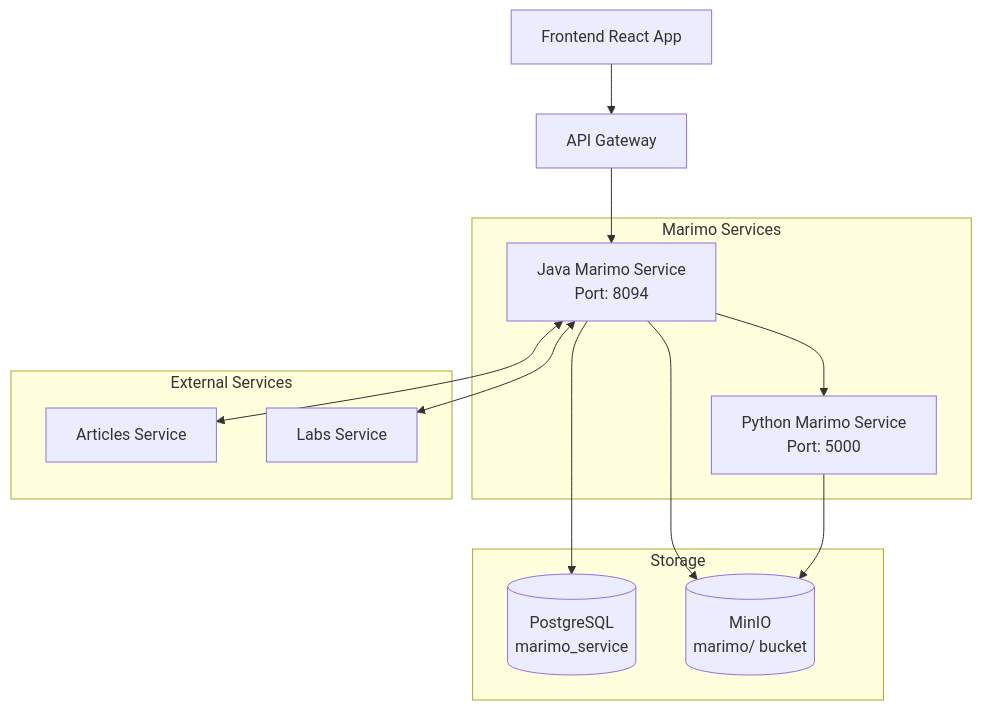
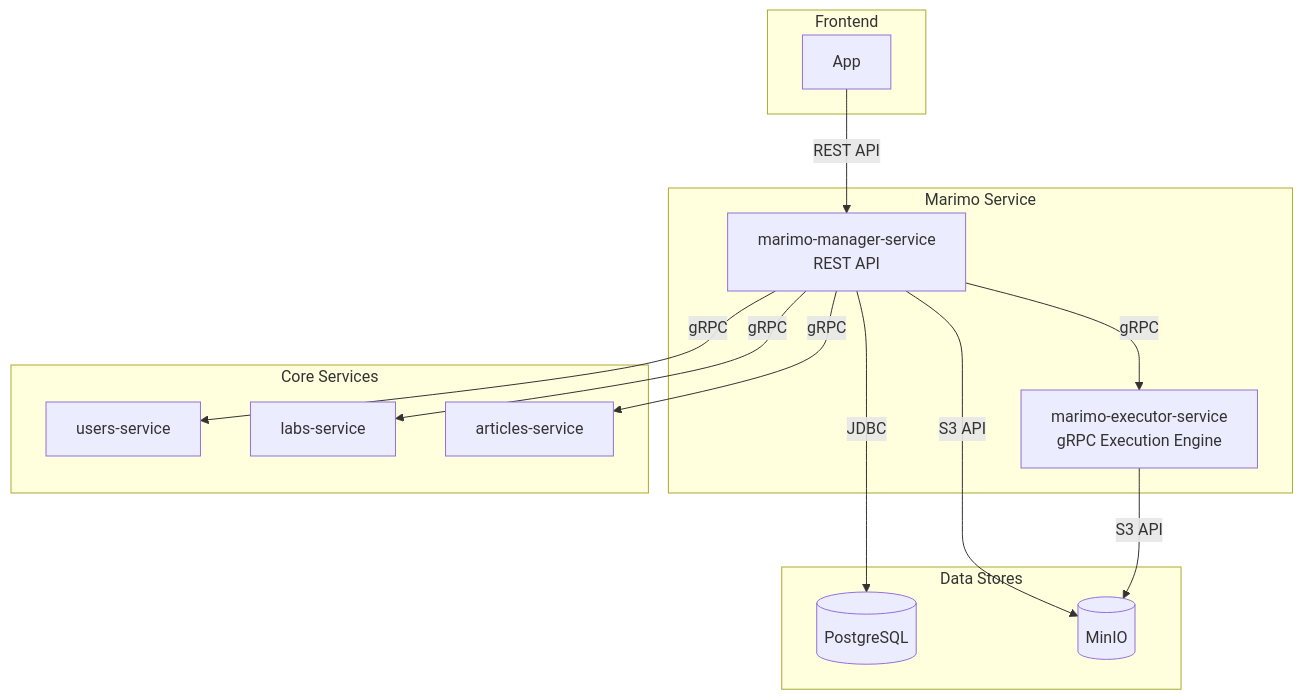
Before and after one commit to IU-Capstone-Project-2025/open-labs-share: the diagram in services/marimo-service/MARIMO_README.md, drawn with Mermaid. The commit also changed other lines of this file and 83 other files, not shown here.

````diff
--- a/services/marimo-service/MARIMO_README.md
+++ b/services/marimo-service/MARIMO_README.md
@@ -15,29 +17,31 @@
 ```mermaid
-graph TB
-    FE[Frontend React App]
-    AG[API Gateway]
-    
-    subgraph "Marimo Services"
-        JS[Java Marimo Service<br/>Port: 8094]
-        PS[Python Marimo Service<br/>Port: 5000]
+graph TD
+    subgraph "Frontend "
+        Frontend[App]
+    end
+
+    subgraph "Marimo Service"
+        A[marimo-manager-service<br/>REST API]
+        B[marimo-executor-service<br/>gRPC Execution Engine]
     end
     
-    subgraph "Storage"
-        PG[(PostgreSQL<br/>marimo_service)]
-        MINIO[(MinIO<br/>marimo/ bucket)]
+    subgraph "Core Services"
+        Users[users-service]
+        Labs[labs-service]
+        Articles[articles-service]
     end
-    
-    subgraph "External Services"
-        AS[Articles Service]
-        LS[Labs Service]
+
+    subgraph "Data Stores"
+        DB[(PostgreSQL)]
+        S3[(MinIO)]
     end
-    
-    FE --> AG
-    AG --> JS
-    JS --> PS
-    JS --> PG
-    JS --> MINIO
-    PS --> MINIO
-    JS <--> AS
-    JS <--> LS
+
+    Frontend -- "REST API" --> A
+    A -- "gRPC" --> B
+    A -- "gRPC" --> Users
+    A -- "gRPC" --> Labs
+    A -- "gRPC" --> Articles
+    A -- "JDBC" --> DB
+    A -- "S3 API" --> S3
+    B -- "S3 API" --> S3
 ```
````
